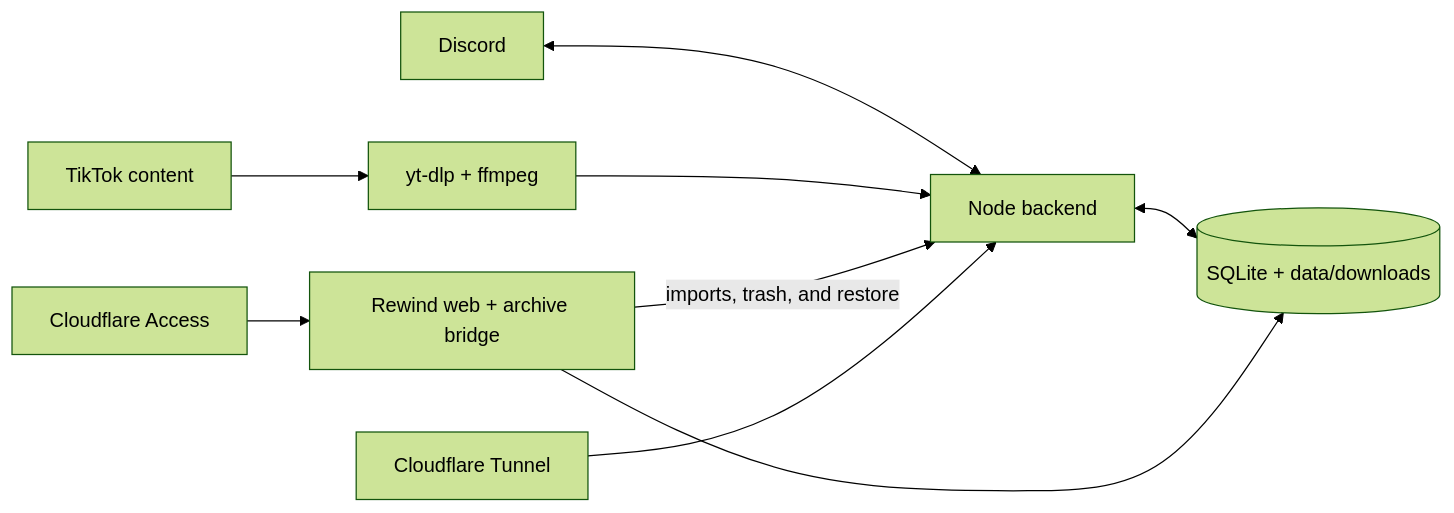
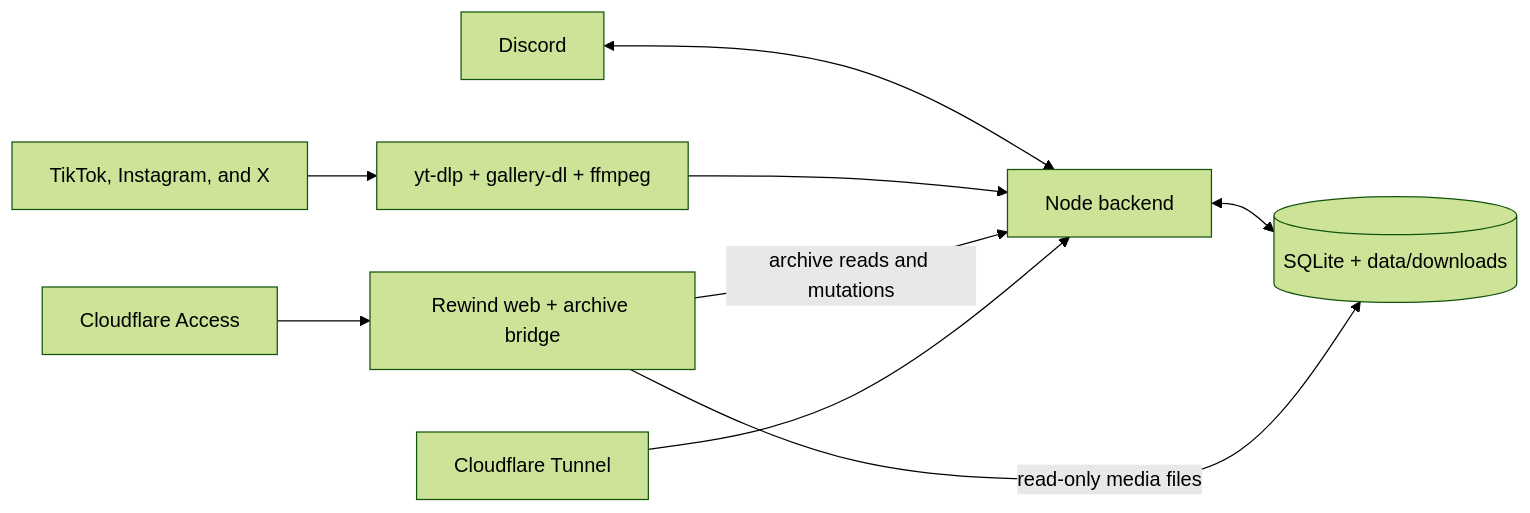
The diagram in README.md (nqrwhal/tiktok-dlp), drawn with Mermaid (forest theme) before and after one commit. The commit also changed other lines of this file and 77 other files, not shown here.

````diff
--- a/README.md
+++ b/README.md
@@ -78,11 +97,11 @@
 ```mermaid
 flowchart LR
-    TikTok[TikTok content] --> Media[yt-dlp + ffmpeg]
+    Platforms[TikTok, Instagram, and X] --> Media[yt-dlp + gallery-dl + ffmpeg]
     Discord[Discord] <--> Backend[Node backend]
     Media --> Backend
     Backend <--> State[(SQLite + data/downloads)]
-    Rewind[Rewind web + archive bridge] --> State
-    Rewind -->|imports, trash, and restore| Backend
+    Rewind[Rewind web + archive bridge] -->|read-only media files| State
+    Rewind -->|archive reads and mutations| Backend
     Tunnel[Cloudflare Tunnel] --> Backend
     Access[Cloudflare Access] --> Rewind
 ```
````
